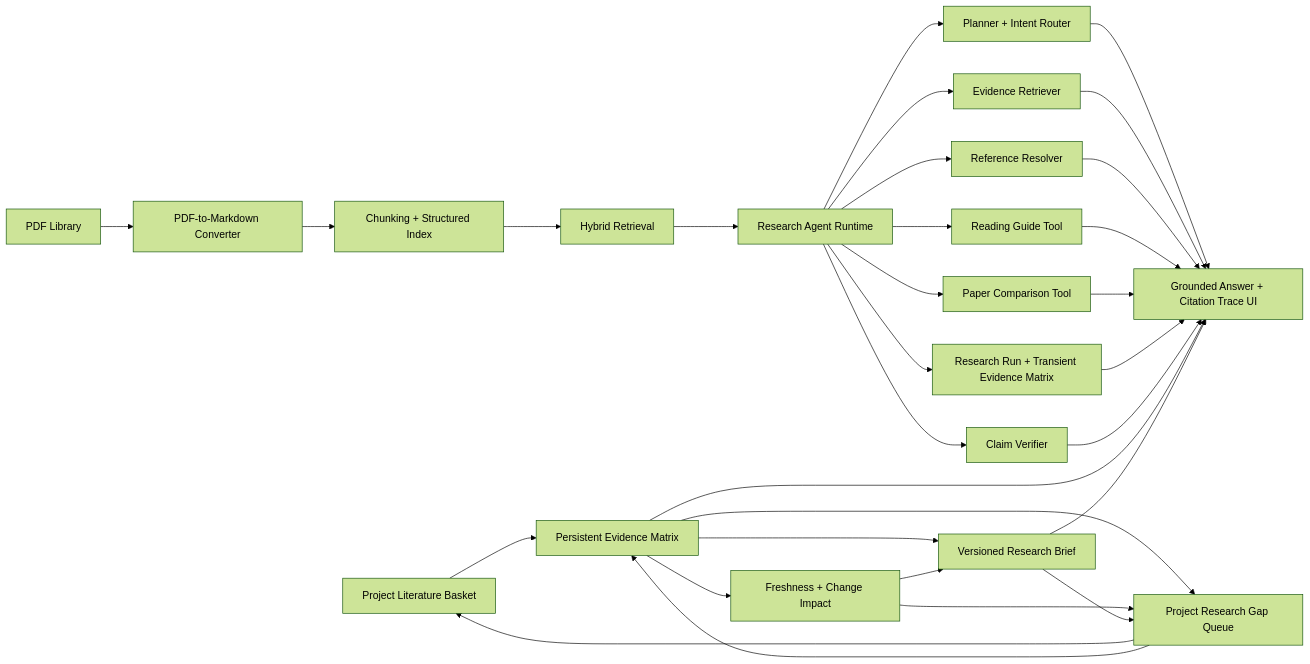
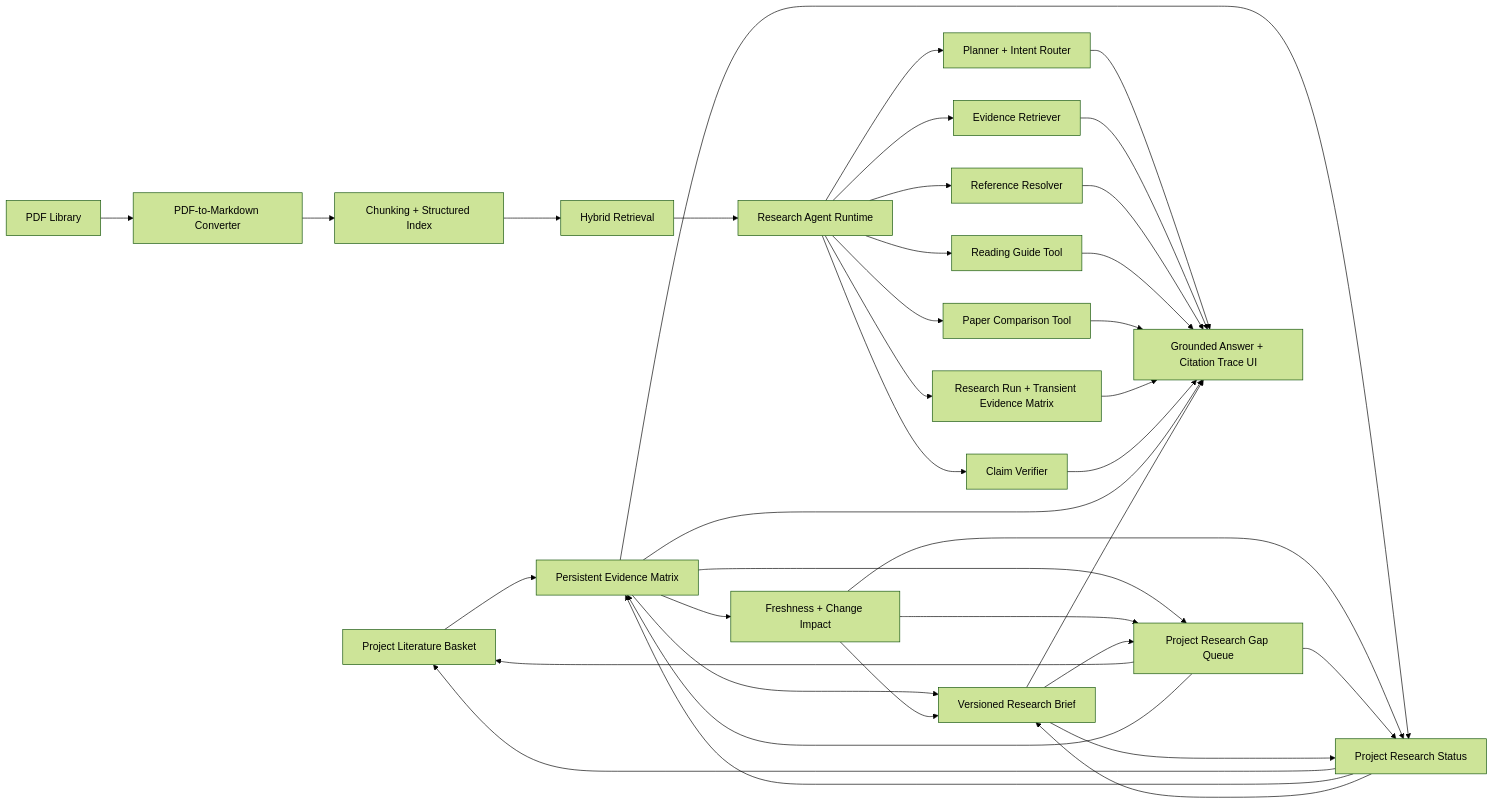
Before and after one commit to LittlePyx/Pi_zaya: the diagram in README.md, drawn with Mermaid (forest theme). The commit also changed other lines of this file and 23 other files, not shown here.

Commit message:
feat: add project research action center

````diff
--- a/README.md
+++ b/README.md
@@ -51,32 +53,39 @@
 ```mermaid
 flowchart LR
   A["PDF Library"] --> B["PDF-to-Markdown Converter"]
   B --> C["Chunking + Structured Index"]
   C --> D["Hybrid Retrieval"]
   D --> E["Research Agent Runtime"]
   E --> P["Planner + Intent Router"]
   E --> R["Evidence Retriever"]
   E --> X["Reference Resolver"]
   E --> G["Reading Guide Tool"]
   E --> M["Paper Comparison Tool"]
   E --> Q["Research Run + Transient Evidence Matrix"]
   E --> V["Claim Verifier"]
   L["Project Literature Basket"] --> EM["Persistent Evidence Matrix"]
   EM --> RB["Versioned Research Brief"]
   EM --> F["Freshness + Change Impact"]
   F --> RB
   EM --> RG["Project Research Gap Queue"]
   F --> RG
   RB --> RG
+  EM --> PS["Project Research Status"]
+  F --> PS
+  RG --> PS
+  RB --> PS
+  PS --> L
+  PS --> EM
+  PS --> RB
   RG --> L
   RG --> EM
   P --> O["Grounded Answer + Citation Trace UI"]
   R --> O
   X --> O
   G --> O
   M --> O
   Q --> O
   V --> O
   EM --> O
   RB --> O
 ```
````
